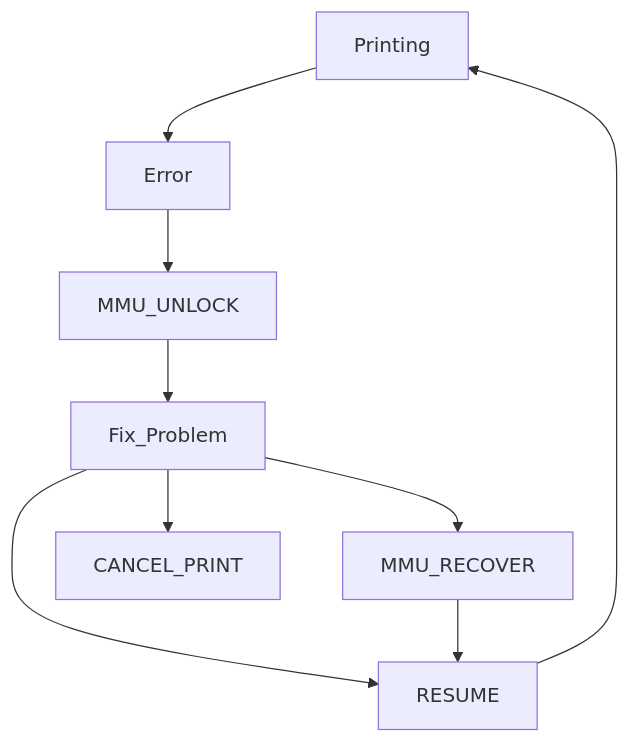
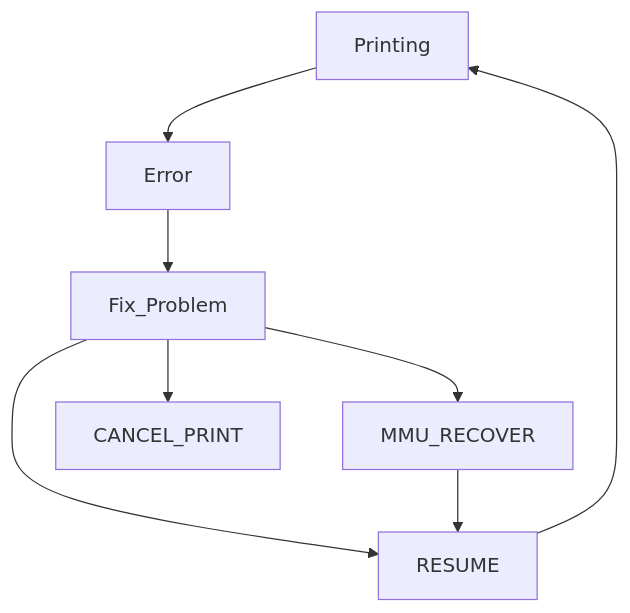
Before and after one commit to moggieuk/Happy-Hare: the diagram in README.md, drawn with Mermaid. The commit also changed other lines of this file and 4 other files, not shown here.

Commit message:
Completely eliminated MMU_UNLOCK (and need for it)

````diff
--- a/README.md
+++ b/README.md
@@ -382,11 +377,10 @@
 ```mermaid
 graph TD;
     Printing --> Error
-    Error --> MMU_UNLOCK
-    MMU_UNLOCK --> Fix_Problem
+    Error --> Fix_Problem
     Fix_Problem --> RESUME
     Fix_Problem --> MMU_RECOVER
     Fix_Problem --> CANCEL_PRINT
     MMU_RECOVER --> RESUME
     RESUME --> Printing
 ```
````
